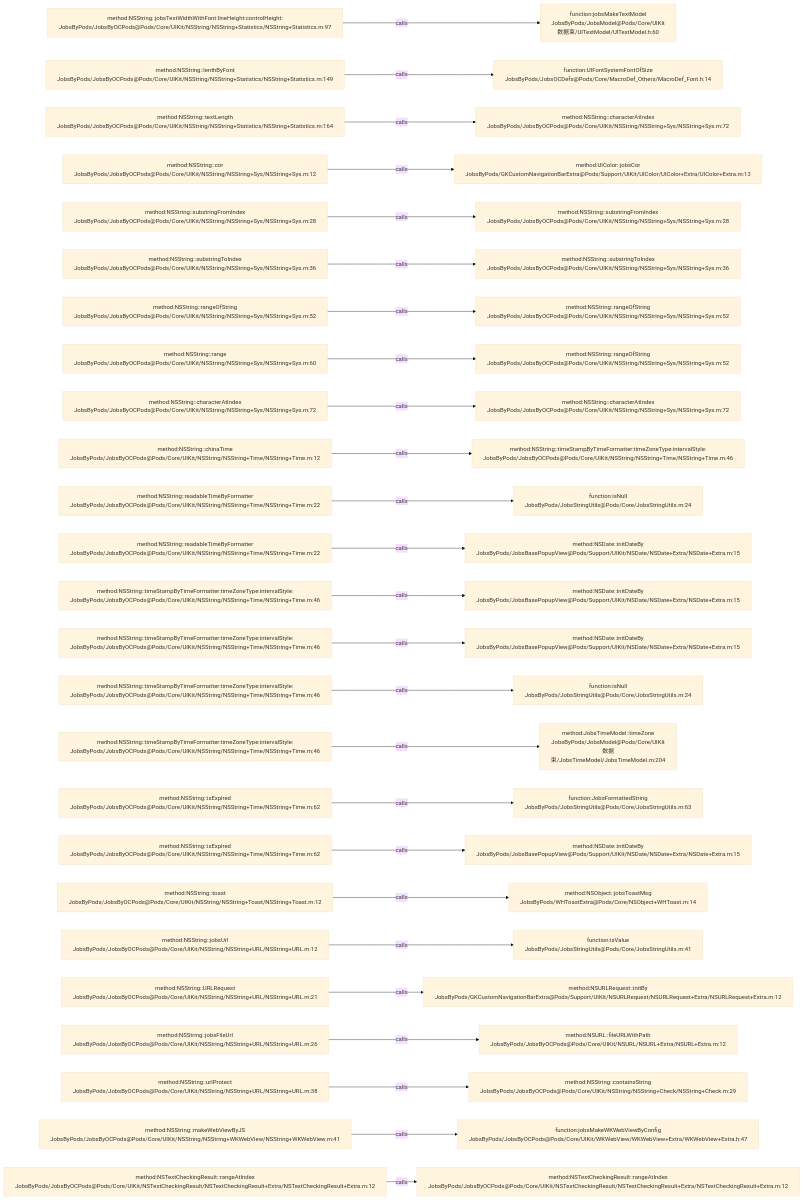
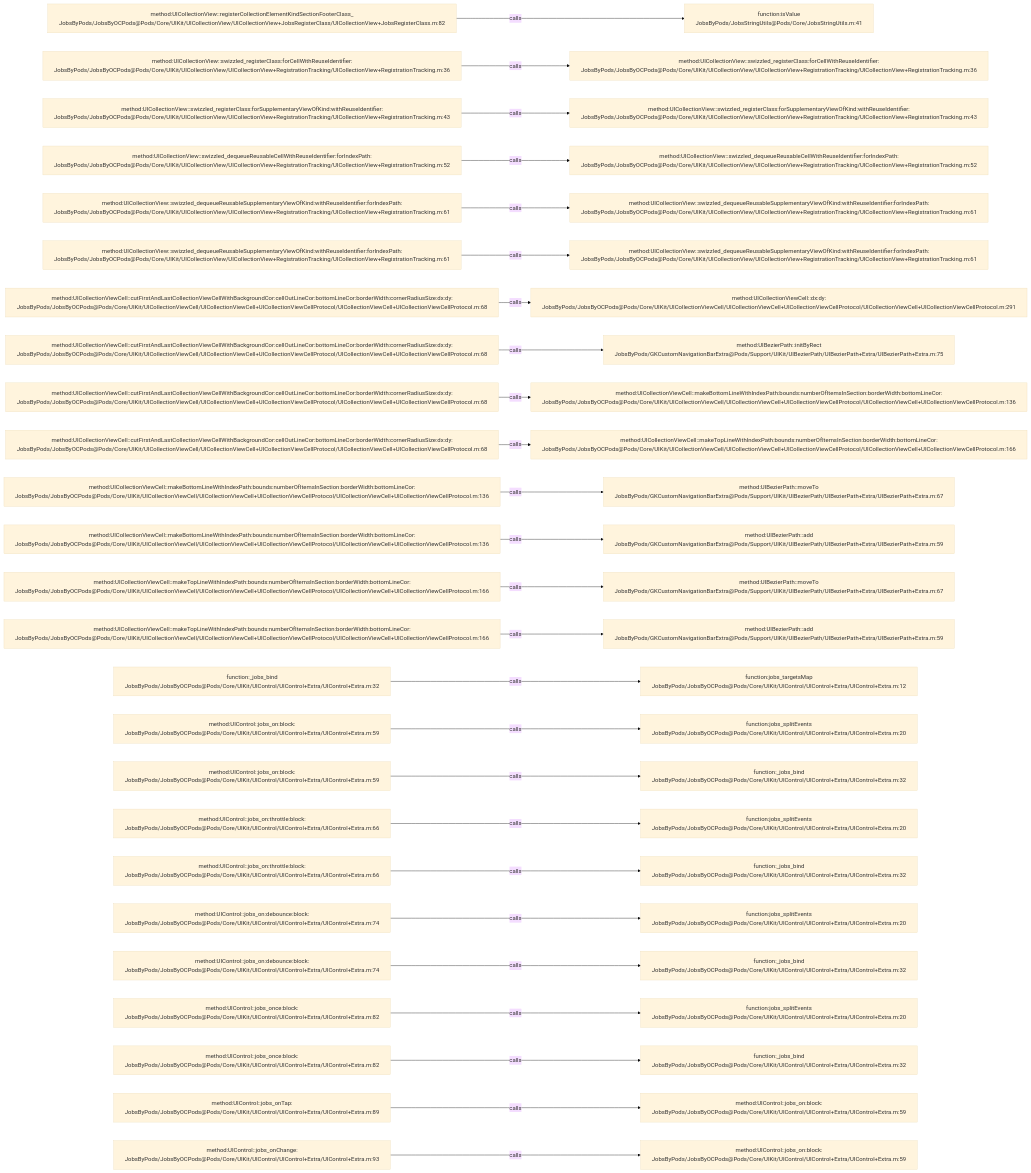
Before and after one commit to JobsKits/JobsOCBaseConfigDemo: the diagram in .codegraph/codegraph.md/graphs/calls-057.md, drawn with Mermaid (base theme). The commit also changed 639 other files, not shown here.

````diff
--- a/.codegraph/codegraph.md/graphs/calls-057.md
+++ b/.codegraph/codegraph.md/graphs/calls-057.md
@@ -13,78 +13,78 @@
 ```mermaid
 flowchart LR
-  S1["method:NSString::jobsTextWidthWithFont:lineHeight:controlHeight:<br/>JobsByPods/JobsByOCPods@Pods/Core/UIKit/NSString/NSString+Statistics/NSString+Statistics.m:97"]
-  T1["function:jobsMakeTextModel<br/>JobsByPods/JobsModel@Pods/Core/UIKit数据束/UITextModel/UITextModel.h:60"]
+  S1["method:UICollectionView::registerCollectionElementKindSectionFooterClass_<br/>JobsByPods/JobsByOCPods@Pods/Core/UIKit/UICollectionView/UICollectionView+JobsRegisterClass/UICollectionView+JobsRegisterClass.m:82"]
+  T1["function:isValue<br/>JobsByPods/JobsStringUtils@Pods/Core/JobsStringUtils.m:41"]
   S1 -->|calls| T1
-  S2["method:NSString::lenthByFont<br/>JobsByPods/JobsByOCPods@Pods/Core/UIKit/NSString/NSString+Statistics/NSString+Statistics.m:149"]
-  T2["function:UIFontSystemFontOfSize<br/>JobsByPods/JobsOCDefs@Pods/Core/MacroDef_Others/MacroDef_Font.h:14"]
+  S2["method:UICollectionView::swizzled_registerClass:forCellWithReuseIdentifier:<br/>JobsByPods/JobsByOCPods@Pods/Core/UIKit/UICollectionView/UICollectionView+RegistrationTracking/UICollectionView+RegistrationTracking.m:36"]
+  T2["method:UICollectionView::swizzled_registerClass:forCellWithReuseIdentifier:<br/>JobsByPods/JobsByOCPods@Pods/Core/UIKit/UICollectionView/UICollectionView+RegistrationTracking/UICollectionView+RegistrationTracking.m:36"]
   S2 -->|calls| T2
-  S3["method:NSString::textLength<br/>JobsByPods/JobsByOCPods@Pods/Core/UIKit/NSString/NSString+Statistics/NSString+Statistics.m:164"]
-  T3["method:NSString::characterAtIndex<br/>JobsByPods/JobsByOCPods@Pods/Core/UIKit/NSString/NSString+Sys/NSString+Sys.m:72"]
+  S3["method:UICollectionView::swizzled_registerClass:forSupplementaryViewOfKind:withReuseIdentifier:<br/>JobsByPods/JobsByOCPods@Pods/Core/UIKit/UICollectionView/UICollectionView+RegistrationTracking/UICollectionView+RegistrationTracking.m:43"]
+  T3["method:UICollectionView::swizzled_registerClass:forSupplementaryViewOfKind:withReuseIdentifier:<br/>JobsByPods/JobsByOCPods@Pods/Core/UIKit/UICollectionView/UICollectionView+RegistrationTracking/UICollectionView+RegistrationTracking.m:43"]
   S3 -->|calls| T3
-  S4["method:NSString::cor<br/>JobsByPods/JobsByOCPods@Pods/Core/UIKit/NSString/NSString+Sys/NSString+Sys.m:12"]
-  T4["method:UIColor::jobsCor<br/>JobsByPods/GKCustomNavigationBarExtra@Pods/Support/UIKit/UIColor/UIColor+Extra/UIColor+Extra.m:13"]
+  S4["method:UICollectionView::swizzled_dequeueReusableCellWithReuseIdentifier:forIndexPath:<br/>JobsByPods/JobsByOCPods@Pods/Core/UIKit/UICollectionView/UICollectionView+RegistrationTracking/UICollectionView+RegistrationTracking.m:52"]
+  T4["method:UICollectionView::swizzled_dequeueReusableCellWithReuseIdentifier:forIndexPath:<br/>JobsByPods/JobsByOCPods@Pods/Core/UIKit/UICollectionView/UICollectionView+RegistrationTracking/UICollectionView+RegistrationTracking.m:52"]
   S4 -->|calls| T4
-  S5["method:NSString::substringFromIndex<br/>JobsByPods/JobsByOCPods@Pods/Core/UIKit/NSString/NSString+Sys/NSString+Sys.m:28"]
-  T5["method:NSString::substringFromIndex<br/>JobsByPods/JobsByOCPods@Pods/Core/UIKit/NSString/NSString+Sys/NSString+Sys.m:28"]
+  S5["method:UICollectionView::swizzled_dequeueReusableSupplementaryViewOfKind:withReuseIdentifier:forIndexPath:<br/>JobsByPods/JobsByOCPods@Pods/Core/UIKit/UICollectionView/UICollectionView+RegistrationTracking/UICollectionView+RegistrationTracking.m:61"]
+  T5["method:UICollectionView::swizzled_dequeueReusableSupplementaryViewOfKind:withReuseIdentifier:forIndexPath:<br/>JobsByPods/JobsByOCPods@Pods/Core/UIKit/UICollectionView/UICollectionView+RegistrationTracking/UICollectionView+RegistrationTracking.m:61"]
   S5 -->|calls| T5
-  S6["method:NSString::substringToIndex<br/>JobsByPods/JobsByOCPods@Pods/Core/UIKit/NSString/NSString+Sys/NSString+Sys.m:36"]
-  T6["method:NSString::substringToIndex<br/>JobsByPods/JobsByOCPods@Pods/Core/UIKit/NSString/NSString+Sys/NSString+Sys.m:36"]
+  S6["method:UICollectionView::swizzled_dequeueReusableSupplementaryViewOfKind:withReuseIdentifier:forIndexPath:<br/>JobsByPods/JobsByOCPods@Pods/Core/UIKit/UICollectionView/UICollectionView+RegistrationTracking/UICollectionView+RegistrationTracking.m:61"]
+  T6["method:UICollectionView::swizzled_dequeueReusableSupplementaryViewOfKind:withReuseIdentifier:forIndexPath:<br/>JobsByPods/JobsByOCPods@Pods/Core/UIKit/UICollectionView/UICollectionView+RegistrationTracking/UICollectionView+RegistrationTracking.m:61"]
   S6 -->|calls| T6
-  S7["method:NSString::rangeOfString<br/>JobsByPods/JobsByOCPods@Pods/Core/UIKit/NSString/NSString+Sys/NSString+Sys.m:52"]
-  T7["method:NSString::rangeOfString<br/>JobsByPods/JobsByOCPods@Pods/Core/UIKit/NSString/NSString+Sys/NSString+Sys.m:52"]
+  S7["method:UICollectionViewCell::cutFirstAndLastCollectionViewCellWithBackgroundCor:cellOutLineCor:bottomLineCor:borderWidth:cornerRadiusSize:dx:dy:<br/>JobsByPods/JobsByOCPods@Pods/Core/UIKit/UICollectionViewCell/UICollectionViewCell+UICollectionViewCellProtocol/UICollectionViewCell+UICollectionViewCellProtocol.m:68"]
+  T7["method:UICollectionViewCell::dx:dy:<br/>JobsByPods/JobsByOCPods@Pods/Core/UIKit/UICollectionViewCell/UICollectionViewCell+UICollectionViewCellProtocol/UICollectionViewCell+UICollectionViewCellProtocol.m:291"]
   S7 -->|calls| T7
-  S8["method:NSString::range<br/>JobsByPods/JobsByOCPods@Pods/Core/UIKit/NSString/NSString+Sys/NSString+Sys.m:60"]
-  T8["method:NSString::rangeOfString<br/>JobsByPods/JobsByOCPods@Pods/Core/UIKit/NSString/NSString+Sys/NSString+Sys.m:52"]
+  S8["method:UICollectionViewCell::cutFirstAndLastCollectionViewCellWithBackgroundCor:cellOutLineCor:bottomLineCor:borderWidth:cornerRadiusSize:dx:dy:<br/>JobsByPods/JobsByOCPods@Pods/Core/UIKit/UICollectionViewCell/UICollectionViewCell+UICollectionViewCellProtocol/UICollectionViewCell+UICollectionViewCellProtocol.m:68"]
+  T8["method:UIBezierPath::initByRect<br/>JobsByPods/GKCustomNavigationBarExtra@Pods/Support/UIKit/UIBezierPath/UIBezierPath+Extra/UIBezierPath+Extra.m:75"]
   S8 -->|calls| T8
-  S9["method:NSString::characterAtIndex<br/>JobsByPods/JobsByOCPods@Pods/Core/UIKit/NSString/NSString+Sys/NSString+Sys.m:72"]
-  T9["method:NSString::characterAtIndex<br/>JobsByPods/JobsByOCPods@Pods/Core/UIKit/NSString/NSString+Sys/NSString+Sys.m:72"]
+  S9["method:UICollectionViewCell::cutFirstAndLastCollectionViewCellWithBackgroundCor:cellOutLineCor:bottomLineCor:borderWidth:cornerRadiusSize:dx:dy:<br/>JobsByPods/JobsByOCPods@Pods/Core/UIKit/UICollectionViewCell/UICollectionViewCell+UICollectionViewCellProtocol/UICollectionViewCell+UICollectionViewCellProtocol.m:68"]
+  T9["method:UICollectionViewCell::makeBottomLineWithIndexPath:bounds:numberOfItemsInSection:borderWidth:bottomLineCor:<br/>JobsByPods/JobsByOCPods@Pods/Core/UIKit/UICollectionViewCell/UICollectionViewCell+UICollectionViewCellProtocol/UICollectionViewCell+UICollectionViewCellProtocol.m:136"]
   S9 -->|calls| T9
-  S10["method:NSString::chinaTime<br/>JobsByPods/JobsByOCPods@Pods/Core/UIKit/NSString/NSString+Time/NSString+Time.m:12"]
-  T10["method:NSString::timeStampByTimeFormatter:timeZoneType:intervalStyle:<br/>JobsByPods/JobsByOCPods@Pods/Core/UIKit/NSString/NSString+Time/NSString+Time.m:46"]
+  S10["method:UICollectionViewCell::cutFirstAndLastCollectionViewCellWithBackgroundCor:cellOutLineCor:bottomLineCor:borderWidth:cornerRadiusSize:dx:dy:<br/>JobsByPods/JobsByOCPods@Pods/Core/UIKit/UICollectionViewCell/UICollectionViewCell+UICollectionViewCellProtocol/UICollectionViewCell+UICollectionViewCellProtocol.m:68"]
+  T10["method:UICollectionViewCell::makeTopLineWithIndexPath:bounds:numberOfItemsInSection:borderWidth:bottomLineCor:<br/>JobsByPods/JobsByOCPods@Pods/Core/UIKit/UICollectionViewCell/UICollectionViewCell+UICollectionViewCellProtocol/UICollectionViewCell+UICollectionViewCellProtocol.m:166"]
   S10 -->|calls| T10
-  S11["method:NSString::readableTimeByFormatter<br/>JobsByPods/JobsByOCPods@Pods/Core/UIKit/NSString/NSString+Time/NSString+Time.m:22"]
-  T11["function:isNull<br/>JobsByPods/JobsStringUtils@Pods/Core/JobsStringUtils.m:24"]
+  S11["method:UICollectionViewCell::makeBottomLineWithIndexPath:bounds:numberOfItemsInSection:borderWidth:bottomLineCor:<br/>JobsByPods/JobsByOCPods@Pods/Core/UIKit/UICollectionViewCell/UICollectionViewCell+UICollectionViewCellProtocol/UICollectionViewCell+UICollectionViewCellProtocol.m:136"]
+  T11["method:UIBezierPath::moveTo<br/>JobsByPods/GKCustomNavigationBarExtra@Pods/Support/UIKit/UIBezierPath/UIBezierPath+Extra/UIBezierPath+Extra.m:67"]
   S11 -->|calls| T11
-  S12["method:NSString::readableTimeByFormatter<br/>JobsByPods/JobsByOCPods@Pods/Core/UIKit/NSString/NSString+Time/NSString+Time.m:22"]
-  T12["method:NSDate::initDateBy<br/>JobsByPods/JobsBasePopupView@Pods/Support/UIKit/NSDate/NSDate+Extra/NSDate+Extra.m:15"]
+  S12["method:UICollectionViewCell::makeBottomLineWithIndexPath:bounds:numberOfItemsInSection:borderWidth:bottomLineCor:<br/>JobsByPods/JobsByOCPods@Pods/Core/UIKit/UICollectionViewCell/UICollectionViewCell+UICollectionViewCellProtocol/UICollectionViewCell+UICollectionViewCellProtocol.m:136"]
+  T12["method:UIBezierPath::add<br/>JobsByPods/GKCustomNavigationBarExtra@Pods/Support/UIKit/UIBezierPath/UIBezierPath+Extra/UIBezierPath+Extra.m:59"]
   S12 -->|calls| T12
-  S13["method:NSString::timeStampByTimeFormatter:timeZoneType:intervalStyle:<br/>JobsByPods/JobsByOCPods@Pods/Core/UIKit/NSString/NSString+Time/NSString+Time.m:46"]
-  T13["method:NSDate::initDateBy<br/>JobsByPods/JobsBasePopupView@Pods/Support/UIKit/NSDate/NSDate+Extra/NSDate+Extra.m:15"]
+  S13["method:UICollectionViewCell::makeTopLineWithIndexPath:bounds:numberOfItemsInSection:borderWidth:bottomLineCor:<br/>JobsByPods/JobsByOCPods@Pods/Core/UIKit/UICollectionViewCell/UICollectionViewCell+UICollectionViewCellProtocol/UICollectionViewCell+UICollectionViewCellProtocol.m:166"]
+  T13["method:UIBezierPath::moveTo<br/>JobsByPods/GKCustomNavigationBarExtra@Pods/Support/UIKit/UIBezierPath/UIBezierPath+Extra/UIBezierPath+Extra.m:67"]
   S13 -->|calls| T13
-  S14["method:NSString::timeStampByTimeFormatter:timeZoneType:intervalStyle:<br/>JobsByPods/JobsByOCPods@Pods/Core/UIKit/NSString/NSString+Time/NSString+Time.m:46"]
-  T14["method:NSDate::initDateBy<br/>JobsByPods/JobsBasePopupView@Pods/Support/UIKit/NSDate/NSDate+Extra/NSDate+Extra.m:15"]
+  S14["method:UICollectionViewCell::makeTopLineWithIndexPath:bounds:numberOfItemsInSection:borderWidth:bottomLineCor:<br/>JobsByPods/JobsByOCPods@Pods/Core/UIKit/UICollectionViewCell/UICollectionViewCell+UICollectionViewCellProtocol/UICollectionViewCell+UICollectionViewCellProtocol.m:166"]
+  T14["method:UIBezierPath::add<br/>JobsByPods/GKCustomNavigationBarExtra@Pods/Support/UIKit/UIBezierPath/UIBezierPath+Extra/UIBezierPath+Extra.m:59"]
   S14 -->|calls| T14
-  S15["method:NSString::timeStampByTimeFormatter:timeZoneType:intervalStyle:<br/>JobsByPods/JobsByOCPods@Pods/Core/UIKit/NSString/NSString+Time/NSString+Time.m:46"]
-  T15["function:isNull<br/>JobsByPods/JobsStringUtils@Pods/Core/JobsStringUtils.m:24"]
+  S15["function:_jobs_bind<br/>JobsByPods/JobsByOCPods@Pods/Core/UIKit/UIControl/UIControl+Extra/UIControl+Extra.m:32"]
+  T15["function:jobs_targetsMap<br/>JobsByPods/JobsByOCPods@Pods/Core/UIKit/UIControl/UIControl+Extra/UIControl+Extra.m:12"]
   S15 -->|calls| T15
-  S16["method:NSString::timeStampByTimeFormatter:timeZoneType:intervalStyle:<br/>JobsByPods/JobsByOCPods@Pods/Core/UIKit/NSString/NSString+Time/NSString+Time.m:46"]
-  T16["method:JobsTimeModel::timeZone<br/>JobsByPods/JobsModel@Pods/Core/UIKit数据束/JobsTimeModel/JobsTimeModel.m:204"]
+  S16["method:UIControl::jobs_on:block:<br/>JobsByPods/JobsByOCPods@Pods/Core/UIKit/UIControl/UIControl+Extra/UIControl+Extra.m:59"]
+  T16["function:jobs_splitEvents<br/>JobsByPods/JobsByOCPods@Pods/Core/UIKit/UIControl/UIControl+Extra/UIControl+Extra.m:20"]
   S16 -->|calls| T16
-  S17["method:NSString::isExpired<br/>JobsByPods/JobsByOCPods@Pods/Core/UIKit/NSString/NSString+Time/NSString+Time.m:62"]
-  T17["function:JobsFormattedString<br/>JobsByPods/JobsStringUtils@Pods/Core/JobsStringUtils.m:63"]
+  S17["method:UIControl::jobs_on:block:<br/>JobsByPods/JobsByOCPods@Pods/Core/UIKit/UIControl/UIControl+Extra/UIControl+Extra.m:59"]
+  T17["function:_jobs_bind<br/>JobsByPods/JobsByOCPods@Pods/Core/UIKit/UIControl/UIControl+Extra/UIControl+Extra.m:32"]
   S17 -->|calls| T17
-  S18["method:NSString::isExpired<br/>JobsByPods/JobsByOCPods@Pods/Core/UIKit/NSString/NSString+Time/NSString+Time.m:62"]
-  T18["method:NSDate::initDateBy<br/>JobsByPods/JobsBasePopupView@Pods/Support/UIKit/NSDate/NSDate+Extra/NSDate+Extra.m:15"]
+  S18["method:UIControl::jobs_on:throttle:block:<br/>JobsByPods/JobsByOCPods@Pods/Core/UIKit/UIControl/UIControl+Extra/UIControl+Extra.m:66"]
+  T18["function:jobs_splitEvents<br/>JobsByPods/JobsByOCPods@Pods/Core/UIKit/UIControl/UIControl+Extra/UIControl+Extra.m:20"]
   S18 -->|calls| T18
-  S19["method:NSString::toast<br/>JobsByPods/JobsByOCPods@Pods/Core/UIKit/NSString/NSString+Toast/NSString+Toast.m:12"]
-  T19["method:NSObject::jobsToastMsg<br/>JobsByPods/WHToastExtra@Pods/Core/NSObject+WHToast.m:14"]
+  S19["method:UIControl::jobs_on:throttle:block:<br/>JobsByPods/JobsByOCPods@Pods/Core/UIKit/UIControl/UIControl+Extra/UIControl+Extra.m:66"]
+  T19["function:_jobs_bind<br/>JobsByPods/JobsByOCPods@Pods/Core/UIKit/UIControl/UIControl+Extra/UIControl+Extra.m:32"]
   S19 -->|calls| T19
-  S20["method:NSString::jobsUrl<br/>JobsByPods/JobsByOCPods@Pods/Core/UIKit/NSString/NSString+URL/NSString+URL.m:12"]
-  T20["function:isValue<br/>JobsByPods/JobsStringUtils@Pods/Core/JobsStringUtils.m:41"]
+  S20["method:UIControl::jobs_on:debounce:block:<br/>JobsByPods/JobsByOCPods@Pods/Core/UIKit/UIControl/UIControl+Extra/UIControl+Extra.m:74"]
+  T20["function:jobs_splitEvents<br/>JobsByPods/JobsByOCPods@Pods/Core/UIKit/UIControl/UIControl+Extra/UIControl+Extra.m:20"]
   S20 -->|calls| T20
-  S21["method:NSString::URLRequest<br/>JobsByPods/JobsByOCPods@Pods/Core/UIKit/NSString/NSString+URL/NSString+URL.m:21"]
-  T21["method:NSURLRequest::initBy<br/>JobsByPods/GKCustomNavigationBarExtra@Pods/Support/UIKit/NSURLRequest/NSURLRequest+Extra/NSURLRequest+Extra.m:12"]
+  S21["method:UIControl::jobs_on:debounce:block:<br/>JobsByPods/JobsByOCPods@Pods/Core/UIKit/UIControl/UIControl+Extra/UIControl+Extra.m:74"]
+  T21["function:_jobs_bind<br/>JobsByPods/JobsByOCPods@Pods/Core/UIKit/UIControl/UIControl+Extra/UIControl+Extra.m:32"]
   S21 -->|calls| T21
-  S22["method:NSString::jobsFileUrl<br/>JobsByPods/JobsByOCPods@Pods/Core/UIKit/NSString/NSString+URL/NSString+URL.m:26"]
-  T22["method:NSURL::fileURLWithPath<br/>JobsByPods/JobsByOCPods@Pods/Core/UIKit/NSURL/NSURL+Extra/NSURL+Extra.m:12"]
+  S22["method:UIControl::jobs_once:block:<br/>JobsByPods/JobsByOCPods@Pods/Core/UIKit/UIControl/UIControl+Extra/UIControl+Extra.m:82"]
+  T22["function:jobs_splitEvents<br/>JobsByPods/JobsByOCPods@Pods/Core/UIKit/UIControl/UIControl+Extra/UIControl+Extra.m:20"]
   S22 -->|calls| T22
-  S23["method:NSString::urlProtect<br/>JobsByPods/JobsByOCPods@Pods/Core/UIKit/NSString/NSString+URL/NSString+URL.m:38"]
-  T23["method:NSString::containsString<br/>JobsByPods/JobsByOCPods@Pods/Core/UIKit/NSString/NSString+Check/NSString+Check.m:29"]
+  S23["method:UIControl::jobs_once:block:<br/>JobsByPods/JobsByOCPods@Pods/Core/UIKit/UIControl/UIControl+Extra/UIControl+Extra.m:82"]
+  T23["function:_jobs_bind<br/>JobsByPods/JobsByOCPods@Pods/Core/UIKit/UIControl/UIControl+Extra/UIControl+Extra.m:32"]
   S23 -->|calls| T23
-  S24["method:NSString::makeWebViewByJS<br/>JobsByPods/JobsByOCPods@Pods/Core/UIKit/NSString/NSString+WKWebView/NSString+WKWebView.m:41"]
-  T24["function:jobsMakeWKWebViewByConfig<br/>JobsByPods/JobsByOCPods@Pods/Core/UIKit/WKWebView/WKWebView+Extra/WKWebView+Extra.h:47"]
+  S24["method:UIControl::jobs_onTap:<br/>JobsByPods/JobsByOCPods@Pods/Core/UIKit/UIControl/UIControl+Extra/UIControl+Extra.m:89"]
+  T24["method:UIControl::jobs_on:block:<br/>JobsByPods/JobsByOCPods@Pods/Core/UIKit/UIControl/UIControl+Extra/UIControl+Extra.m:59"]
   S24 -->|calls| T24
-  S25["method:NSTextCheckingResult::rangeAtIndex<br/>JobsByPods/JobsByOCPods@Pods/Core/UIKit/NSTextCheckingResult/NSTextCheckingResult+Extra/NSTextCheckingResult+Extra.m:12"]
-  T25["method:NSTextCheckingResult::rangeAtIndex<br/>JobsByPods/JobsByOCPods@Pods/Core/UIKit/NSTextCheckingResult/NSTextCheckingResult+Extra/NSTextCheckingResult+Extra.m:12"]
+  S25["method:UIControl::jobs_onChange:<br/>JobsByPods/JobsByOCPods@Pods/Core/UIKit/UIControl/UIControl+Extra/UIControl+Extra.m:93"]
+  T25["method:UIControl::jobs_on:block:<br/>JobsByPods/JobsByOCPods@Pods/Core/UIKit/UIControl/UIControl+Extra/UIControl+Extra.m:59"]
   S25 -->|calls| T25
 ```
````
